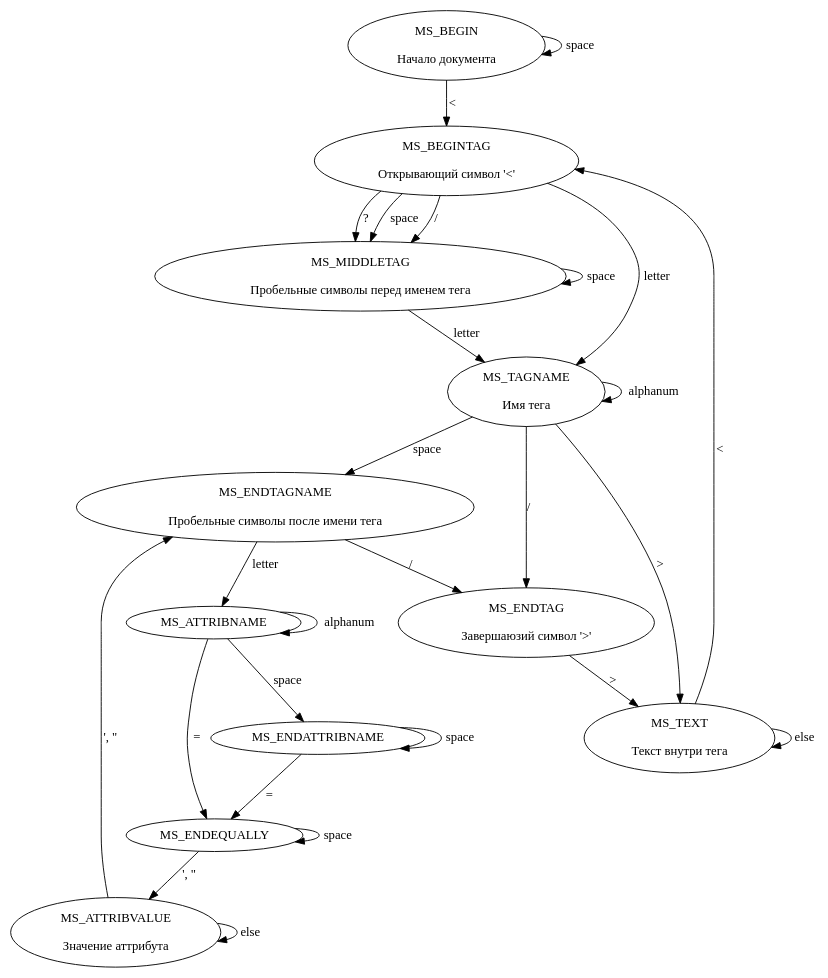
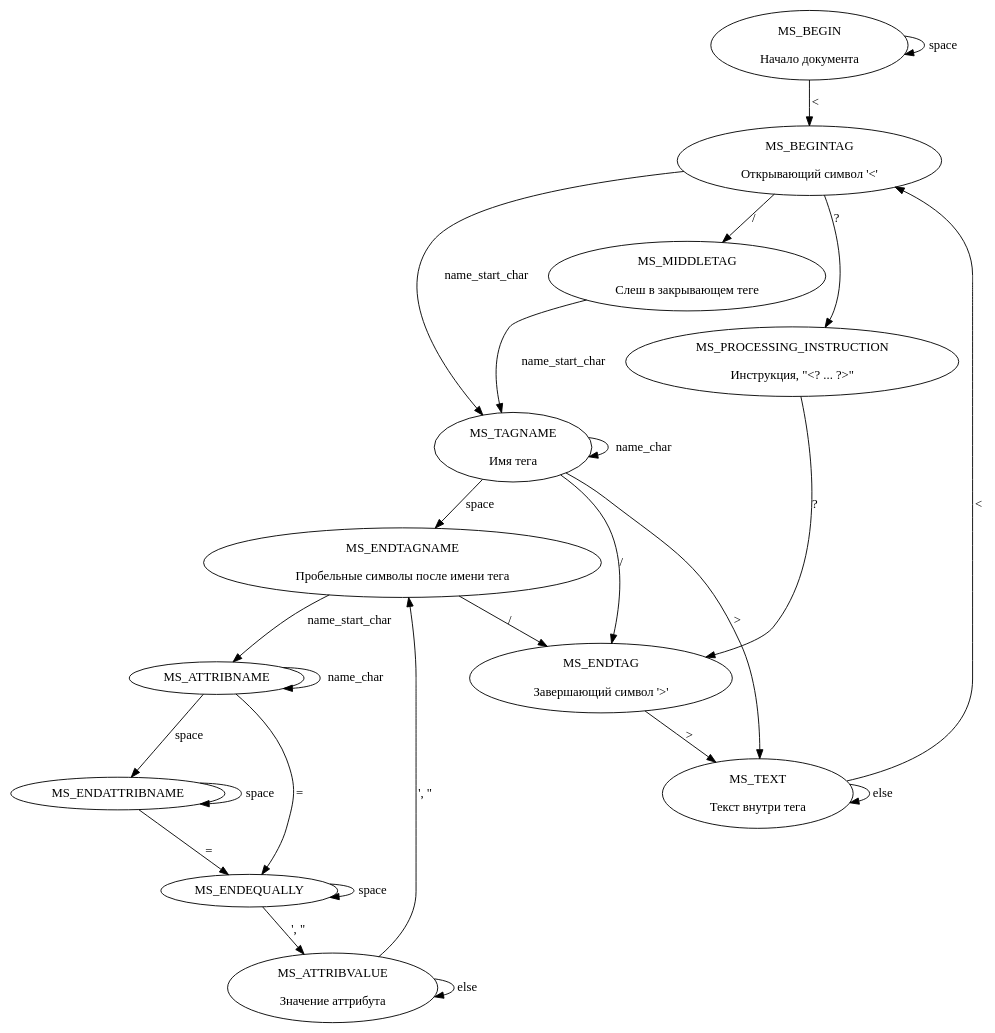
The diagram in xml/docs/state_machine.dot (borman/helium), drawn with Graphviz before and after one commit. The commit also changed 2 other files, not shown here.

```diff
--- a/xml/docs/state_machine.dot
+++ b/xml/docs/state_machine.dot
@@ -1,47 +1,47 @@
 digraph SM {
   MS_BEGIN [label="\N\n\nНачало документа"];
   MS_BEGIN -> MS_BEGINTAG [label="<"];
   MS_BEGIN -> MS_BEGIN [label="space"];
 
   MS_BEGINTAG [label="\N\n\nОткрывающий символ '<'"];
   MS_BEGINTAG -> MS_MIDDLETAG [label="/"];
-  MS_BEGINTAG -> MS_MIDDLETAG [label="?"];
-  MS_BEGINTAG -> MS_MIDDLETAG [label="space"];
-  MS_BEGINTAG -> MS_TAGNAME [label="letter"];
+  MS_BEGINTAG -> MS_PROCESSING_INSTRUCTION [label="?"];
+  MS_BEGINTAG -> MS_TAGNAME [label="name_start_char"];
 
+  MS_PROCESSING_INSTRUCTION [label="\N\n\nИнструкция, \"<? ... ?>\""];
+  MS_PROCESSING_INSTRUCTION -> MS_ENDTAG [label="?"];
 
-  MS_MIDDLETAG [label="\N\n\nПробельные символы перед именем тега"];
-  MS_MIDDLETAG -> MS_TAGNAME [label="letter"];
-  MS_MIDDLETAG -> MS_MIDDLETAG [label="space"];
+  MS_MIDDLETAG [label="\N\n\nСлеш в закрывающем теге"];
+  MS_MIDDLETAG -> MS_TAGNAME [label="name_start_char"];
 
   MS_TAGNAME [label="\N\n\nИмя тега"];
   MS_TAGNAME -> MS_ENDTAGNAME [label="space"];
   MS_TAGNAME -> MS_TEXT [label=">"];
   MS_TAGNAME -> MS_ENDTAG [label="/"];
-  MS_TAGNAME -> MS_TAGNAME [label="alphanum"];
+  MS_TAGNAME -> MS_TAGNAME [label="name_char"];
 
   MS_ENDTAGNAME [label="\N\n\nПробельные символы после имени тега"];
-  MS_ENDTAGNAME -> MS_ATTRIBNAME [label="letter"];
+  MS_ENDTAGNAME -> MS_ATTRIBNAME [label="name_start_char"];
   MS_ENDTAGNAME -> MS_ENDTAG [label="/"];
 
   MS_ATTRIBNAME -> MS_ENDATTRIBNAME [label="space"];
   MS_ATTRIBNAME -> MS_ENDEQUALLY [label="="];  
-  MS_ATTRIBNAME -> MS_ATTRIBNAME [label="alphanum"];
+  MS_ATTRIBNAME -> MS_ATTRIBNAME [label="name_char"];
   
   MS_ENDATTRIBNAME -> MS_ENDEQUALLY [label="="];
   MS_ENDATTRIBNAME -> MS_ENDATTRIBNAME [label="space"];
 
   MS_ENDEQUALLY -> MS_ATTRIBVALUE [label="', \""];
   MS_ENDEQUALLY -> MS_ENDEQUALLY [label="space"];
   
   MS_ATTRIBVALUE [label="\N\n\nЗначение аттрибута"];
   MS_ATTRIBVALUE -> MS_ENDTAGNAME [label="', \""];
   MS_ATTRIBVALUE -> MS_ATTRIBVALUE [label="else"];
 
-  MS_ENDTAG[label="\N\n\nЗавершаюзий символ '>'"];
+  MS_ENDTAG[label="\N\n\nЗавершающий символ '>'"];
   MS_ENDTAG -> MS_TEXT [label=">"];
   
   MS_TEXT [label="\N\n\nТекст внутри тега"];
   MS_TEXT -> MS_BEGINTAG [label="<"];
   MS_TEXT -> MS_TEXT [label="else"];
 }
```
